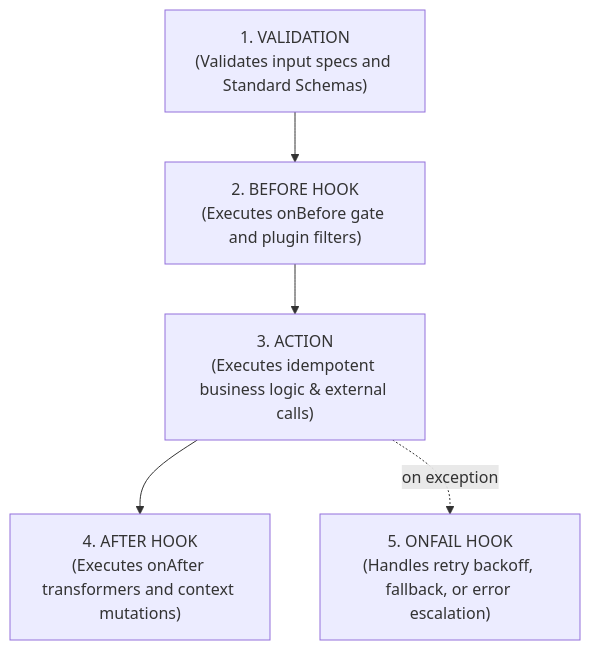
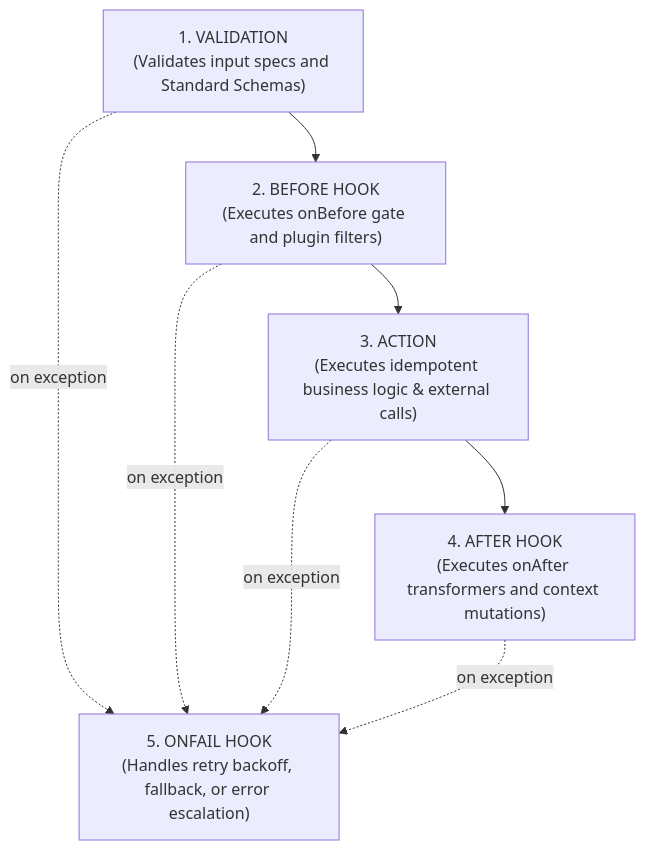
The second of 2 diagrams in docs/02-core-concepts.md (jsoftgem/siglo), drawn with Mermaid before and after one commit. The commit also changed other lines of this file, not shown here.

````diff
--- a/docs/02-core-concepts.md
+++ b/docs/02-core-concepts.md
@@ -66,13 +69,16 @@
 ```mermaid
 flowchart TD
     P1["1. VALIDATION<br/>(Validates input specs and Standard Schemas)"]
     P2["2. BEFORE HOOK<br/>(Executes onBefore gate and plugin filters)"]
     P3["3. ACTION<br/>(Executes idempotent business logic & external calls)"]
     P4["4. AFTER HOOK<br/>(Executes onAfter transformers and context mutations)"]
     P5["5. ONFAIL HOOK<br/>(Handles retry backoff, fallback, or error escalation)"]
 
     P1 --> P2
     P2 --> P3
     P3 --> P4
+    P1 -.->|on exception| P5
+    P2 -.->|on exception| P5
     P3 -.->|on exception| P5
+    P4 -.->|on exception| P5
 ```
````
